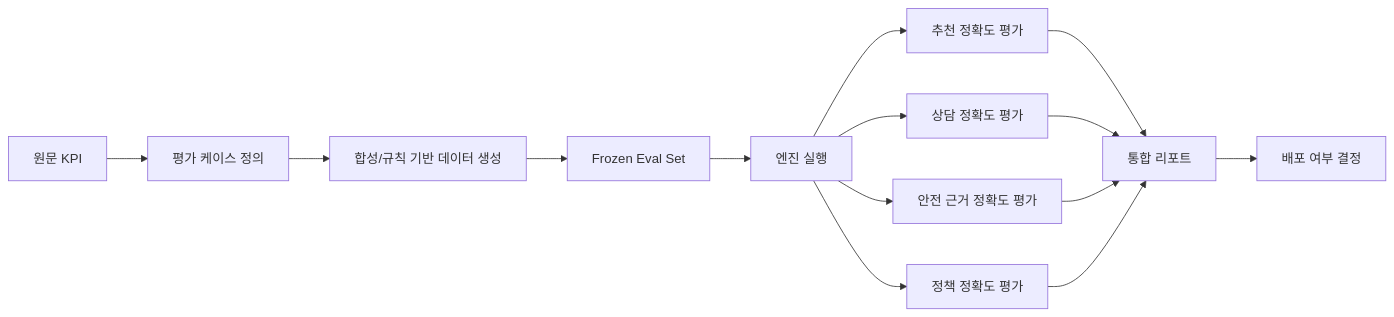
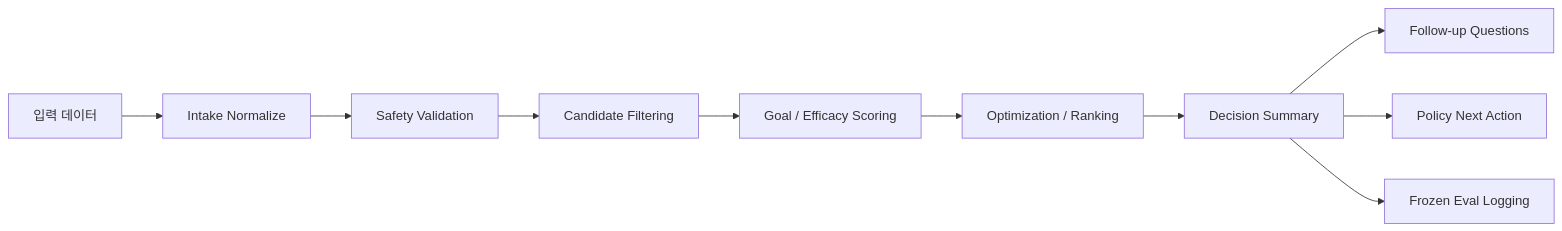
One commit to yeohj0710/wellnessbox-rnd changed the first of 2 diagrams in docs/01_architecture/02_data_flow_and_state_machine.md. Above: the diagram before and after it, drawn with Mermaid. The commit also changed other lines of this file and 47 other files, not shown here.

````diff
--- a/docs/01_architecture/02_data_flow_and_state_machine.md
+++ b/docs/01_architecture/02_data_flow_and_state_machine.md
@@ -77,16 +10,12 @@
 ```mermaid
 flowchart LR
-    A[원문 KPI] --> B[평가 케이스 정의]
-    B --> C[합성/규칙 기반 데이터 생성]
-    C --> D[Frozen Eval Set]
-    D --> E[엔진 실행]
-    E --> F[추천 정확도 평가]
-    E --> G[상담 정확도 평가]
-    E --> H[안전 근거 정확도 평가]
-    E --> I[정책 정확도 평가]
-    F --> J[통합 리포트]
-    G --> J
-    H --> J
-    I --> J
-    J --> K[배포 여부 결정]
+    A[입력 데이터] --> B[Intake Normalize]
+    B --> C[Safety Validation]
+    C --> D[Candidate Filtering]
+    D --> E[Goal / Efficacy Scoring]
+    E --> F[Optimization / Ranking]
+    F --> G[Decision Summary]
+    G --> H[Follow-up Questions]
+    G --> I[Policy Next Action]
+    G --> J[Frozen Eval Logging]
 ```
````
